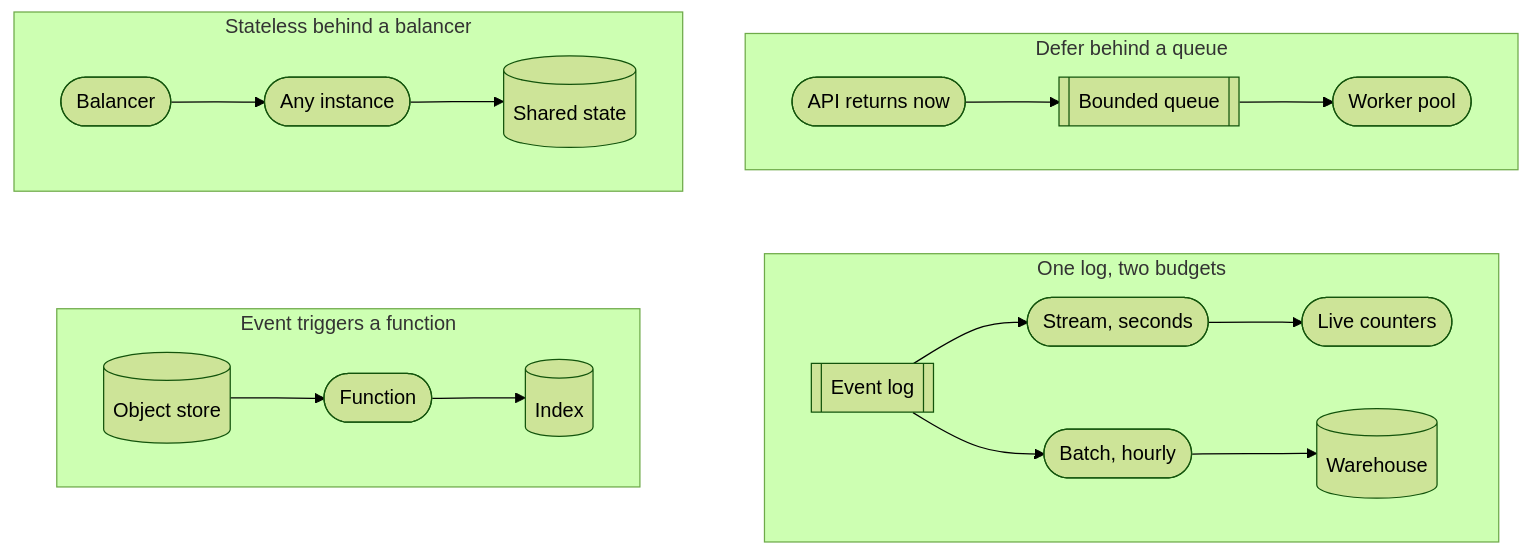
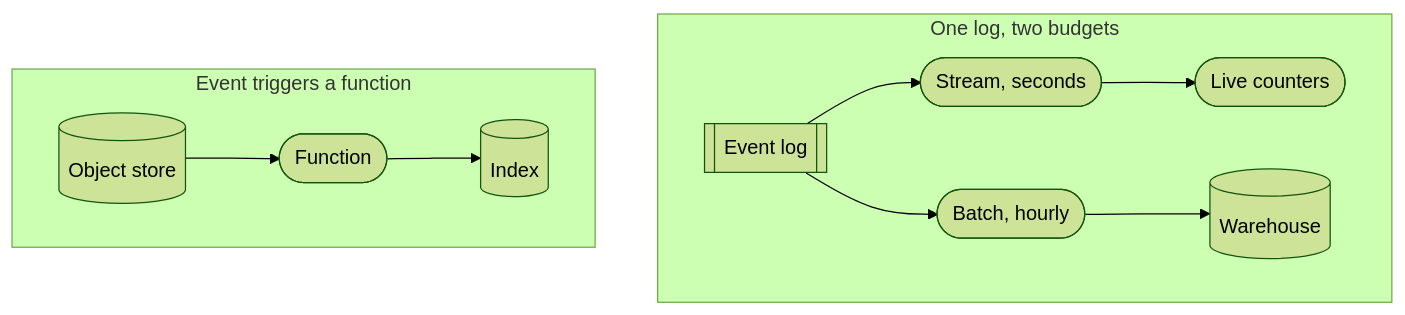
One commit to Laticent/lattice changed diagram 14 of 32 in examples/system-design-foundations.md. Above: the diagram before and after it, drawn with Mermaid (forest theme). The commit also changed other lines of this file and 2 other files, not shown here.

````diff
--- a/examples/system-design-foundations.md
+++ b/examples/system-design-foundations.md
@@ -1545,22 +1589,12 @@
 ```mermaid
 flowchart TB
-  subgraph b["Defer behind a queue"]
-    direction LR
-    B1(["API returns now"]) --> B2[["Bounded queue"]] --> B3(["Worker pool"])
-  end
-  subgraph a["Stateless behind a balancer"]
-    direction LR
-    A1(["Balancer"]) --> A2(["Any instance"]) --> A3[("Shared state")]
-  end
   subgraph d["One log, two budgets"]
     direction LR
     D1[["Event log"]] --> D2(["Stream, seconds"]) --> D4(["Live counters"])
     D1 --> D3(["Batch, hourly"]) --> D5[("Warehouse")]
   end
   subgraph c["Event triggers a function"]
     direction LR
     C1[("Object store")] --> C2(["Function"]) --> C3[("Index")]
   end
-  a ~~~ c
-  b ~~~ d
 ```
````
